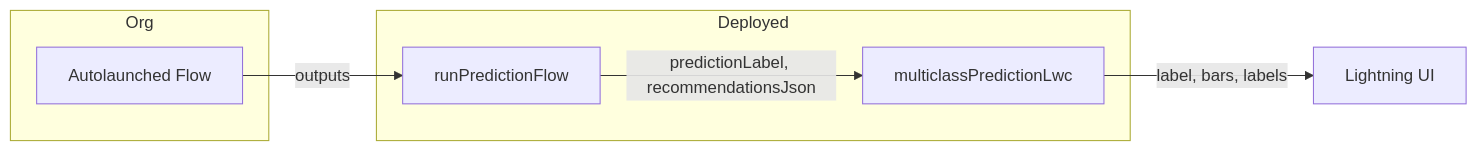
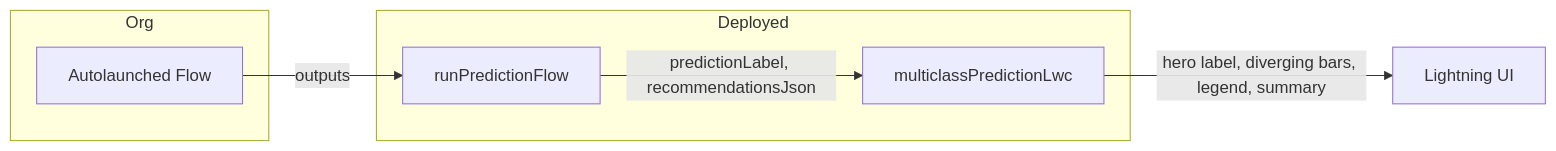
Before and after one commit to josers18/JDO: the second of 3 diagrams in DC_Multiclass_Prediction_LWC/docs/ARCHITECTURE.md, drawn with Mermaid. The commit also changed other lines of this file and 11 other files, not shown here.

First line of the commit message:
docs(DC_Multiclass_Prediction_LWC): sync documentation with diverging chart UI

````diff
--- a/DC_Multiclass_Prediction_LWC/docs/ARCHITECTURE.md
+++ b/DC_Multiclass_Prediction_LWC/docs/ARCHITECTURE.md
@@ -49,13 +49,13 @@
 ```mermaid
 flowchart LR
     subgraph Org
         F[Autolaunched Flow]
     end
     subgraph Deployed
         A[runPredictionFlow]
         L[multiclassPredictionLwc]
     end
     F -->|outputs| A
     A -->|predictionLabel, recommendationsJson| L
-    L -->|label, bars, labels| UI[Lightning UI]
+    L -->|hero label, diverging bars, legend, summary| UI[Lightning UI]
 ```
````
